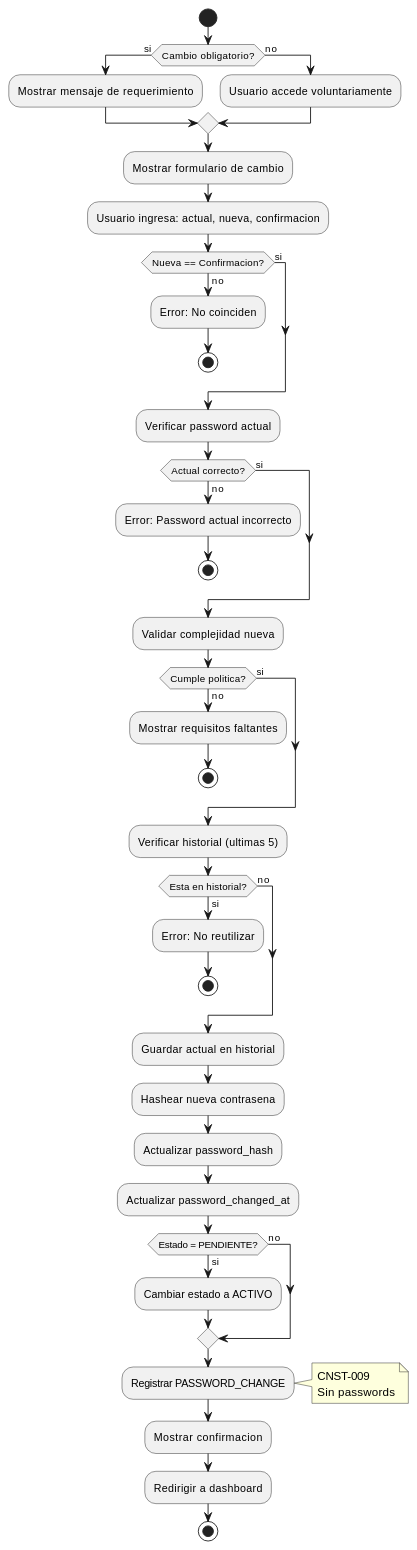
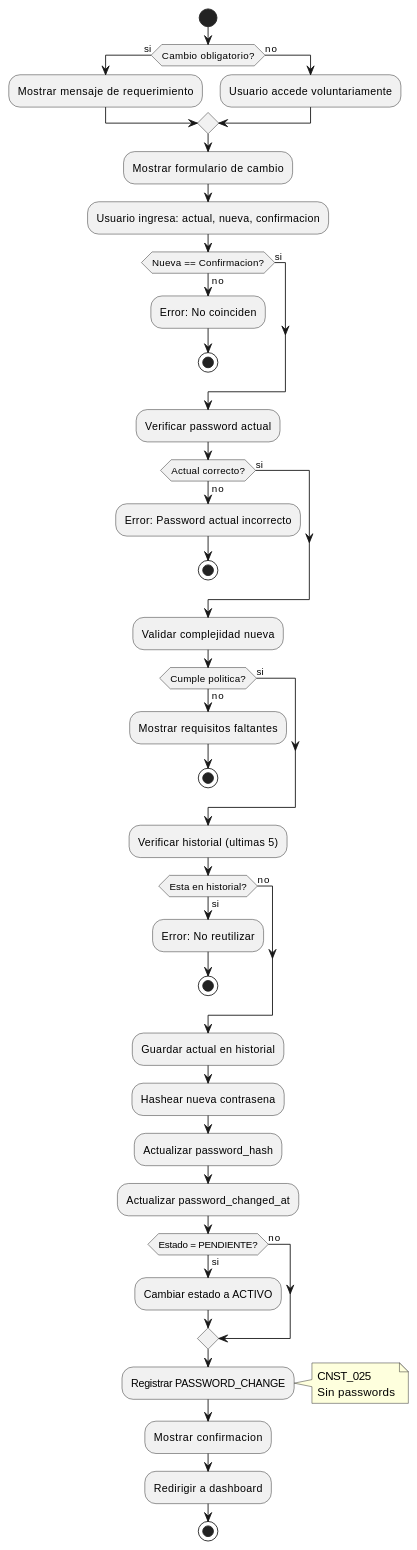
One commit to jcg-admin/IACT-docs changed the third of 3 diagrams in source/requisitos/casos_uso/auth/UC_AUTH_04_Cambiar_Contrasena.rst. Above: the diagram before and after it, drawn with PlantUML. The commit also changed other lines of this file and 67 other files, not shown here.

```diff
--- a/source/requisitos/casos_uso/auth/UC_AUTH_04_Cambiar_Contrasena.rst
+++ b/source/requisitos/casos_uso/auth/UC_AUTH_04_Cambiar_Contrasena.rst
@@ -462,73 +462,73 @@
 .. uml::
    :caption: Diagrama de Actividad - UC_AUTH_04
 
    @startuml
 
    start
 
    if (Cambio obligatorio?) then (si)
      :Mostrar mensaje de requerimiento;
    else (no)
      :Usuario accede voluntariamente;
    endif
 
    :Mostrar formulario de cambio;
 
    :Usuario ingresa: actual, nueva, confirmacion;
 
    if (Nueva == Confirmacion?) then (no)
      :Error: No coinciden;
      stop
    else (si)
    endif
 
    :Verificar password actual;
 
    if (Actual correcto?) then (no)
      :Error: Password actual incorrecto;
      stop
    else (si)
    endif
 
    :Validar complejidad nueva;
 
    if (Cumple politica?) then (no)
      :Mostrar requisitos faltantes;
      stop
    else (si)
    endif
 
    :Verificar historial (ultimas 5);
 
    if (Esta en historial?) then (si)
      :Error: No reutilizar;
      stop
    else (no)
    endif
 
    :Guardar actual en historial;
 
    :Hashear nueva contrasena;
 
    :Actualizar password_hash;
 
    :Actualizar password_changed_at;
 
    if (Estado = PENDIENTE?) then (si)
      :Cambiar estado a ACTIVO;
    else (no)
    endif
 
    :Registrar PASSWORD_CHANGE;
    note right
-     CNST-009
+     CNST_025
      Sin passwords
    end note
 
    :Mostrar confirmacion;
 
    :Redirigir a dashboard;
 
    stop
 
    @enduml
```
